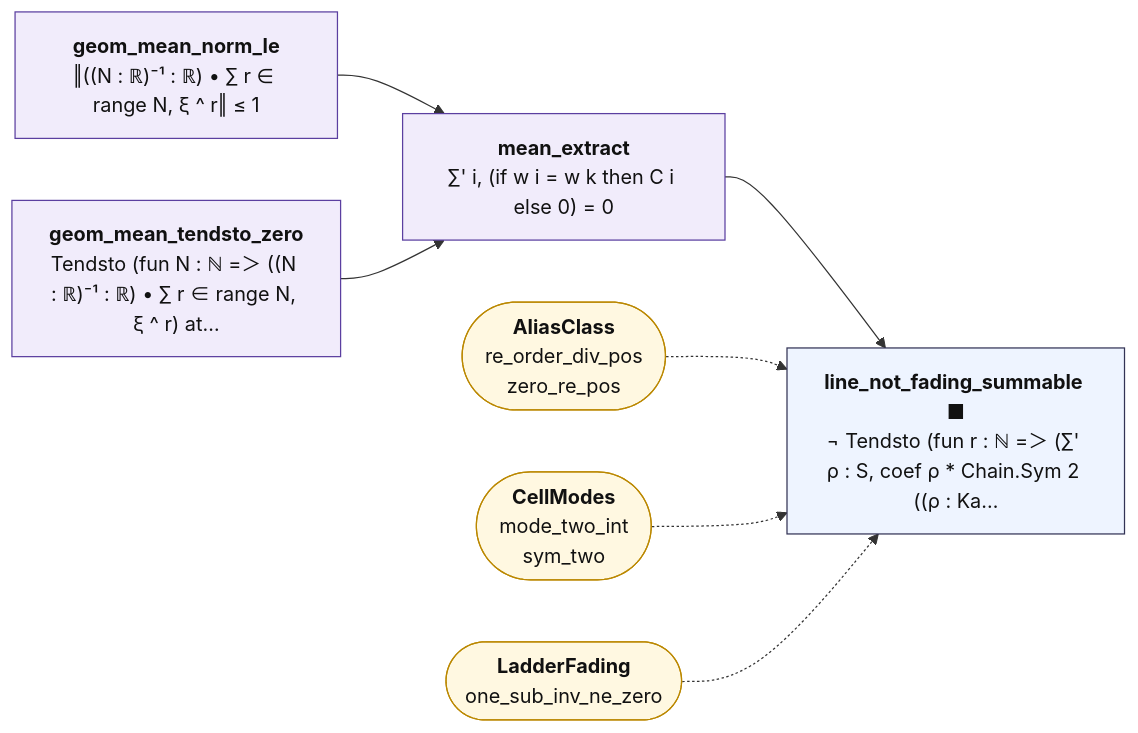
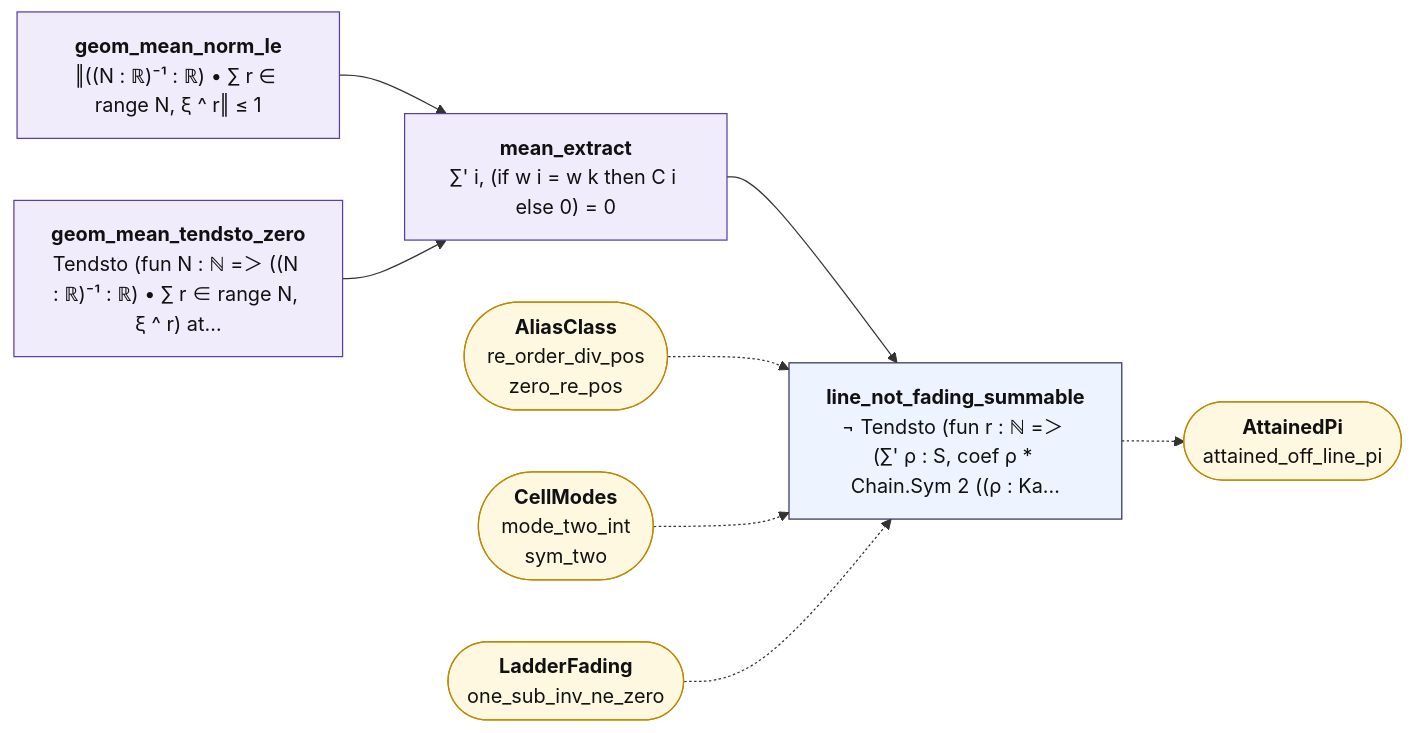
Before and after one commit to juliansambranojr/Primebeat_081426: the diagram in map/lean_stage3/LadderMean.md, drawn with Mermaid. The commit also changed other lines of this file and 50 other files, not shown here.

````diff
--- a/map/lean_stage3/LadderMean.md
+++ b/map/lean_stage3/LadderMean.md
@@ -12,24 +12,26 @@
 ```mermaid
 flowchart LR
   n0["<b>geom_mean_norm_le</b><br/>‖((N : ℝ)⁻¹ : ℝ) • ∑ r ∈ range N, ξ ^ r‖ ≤ 1"]:::shp
   n1["<b>geom_mean_tendsto_zero</b><br/>Tendsto (fun N : ℕ =＞ ((N : ℝ)⁻¹ : ℝ) • ∑ r ∈ range N, ξ ^ r) at…"]:::shp
   n2["<b>mean_extract</b><br/>∑' i, (if w i = w k then C i else 0) = 0"]:::shp
-  n3["<b>line_not_fading_summable ■</b><br/>¬ Tendsto (fun r : ℕ =＞ (∑' ρ : S, coef ρ * Chain.Sym 2 ((ρ : Ka…"]:::thm
+  n3["<b>line_not_fading_summable</b><br/>¬ Tendsto (fun r : ℕ =＞ (∑' ρ : S, coef ρ * Chain.Sym 2 ((ρ : Ka…"]:::thm
   x0(["<b>AliasClass</b><br/>re_order_div_pos<br/>zero_re_pos"]):::ext
   x1(["<b>CellModes</b><br/>mode_two_int<br/>sym_two"]):::ext
   x2(["<b>LadderFading</b><br/>one_sub_inv_ne_zero"]):::ext
+  x3(["<b>AttainedPi</b><br/>attained_off_line_pi"]):::ext
   n0 --> n2
   n1 --> n2
   n2 --> n3
+  n3 -.-> x3
   x0 -.-> n3
   x1 -.-> n3
   x2 -.-> n3
   classDef cnt fill:#dff5ec,stroke:#17694a,color:#111
   classDef shp fill:#f1ecfb,stroke:#5b3fa0,color:#111
   classDef rh fill:#ffe5e5,stroke:#c22,color:#111,stroke-width:2px
   classDef thm fill:#eef4ff,stroke:#335,color:#111
   classDef end_ fill:#e7f7e7,stroke:#2a7,color:#111,stroke-width:2px
   classDef lone fill:#fff,stroke:#999,color:#111,stroke-dasharray:4 3
   classDef bad fill:#ffe5e5,stroke:#c22,color:#111,stroke-width:2px
   classDef ext fill:#fff8e1,stroke:#b80,color:#111
 ```
````
